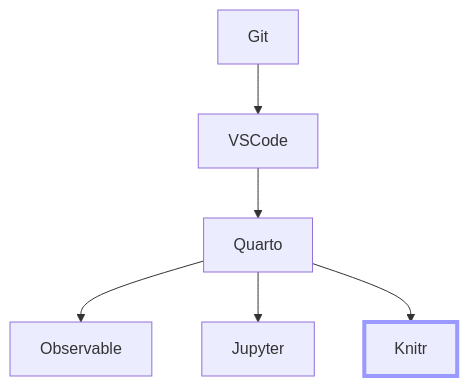
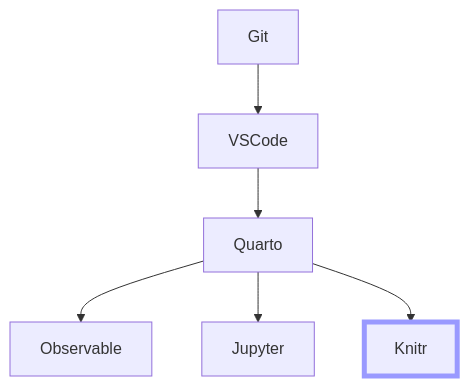
One commit to maptv/maptv.github.io changed the diagram in blog/knitr/knitr.qmd. Above: the diagram before and after it, drawn with Mermaid. The commit also changed 5 other files, not shown here.

````diff
--- a/blog/knitr/knitr.qmd
+++ b/blog/knitr/knitr.qmd
@@ -23,17 +23,17 @@
 ```{mermaid}
 %%| column: margin
 %%| label: fig-navchart
 %%| fig-cap: Tools series navigation chart
 flowchart TB
    A[Git]-->B[VSCode]-->C[Quarto]
    C-->D[Observable]
    C-->E[Jupyter]
    C-->F[Knitr]
    click A "../git"
    click B "../vscode"
    click C "../quarto"
    click D "../observable"
    click E "../jupyter"
    click F "../knitr"
-   style F stroke:#99f,stroke-width:4px
+   style F stroke:#99f,stroke-width:5px
 ```
````
